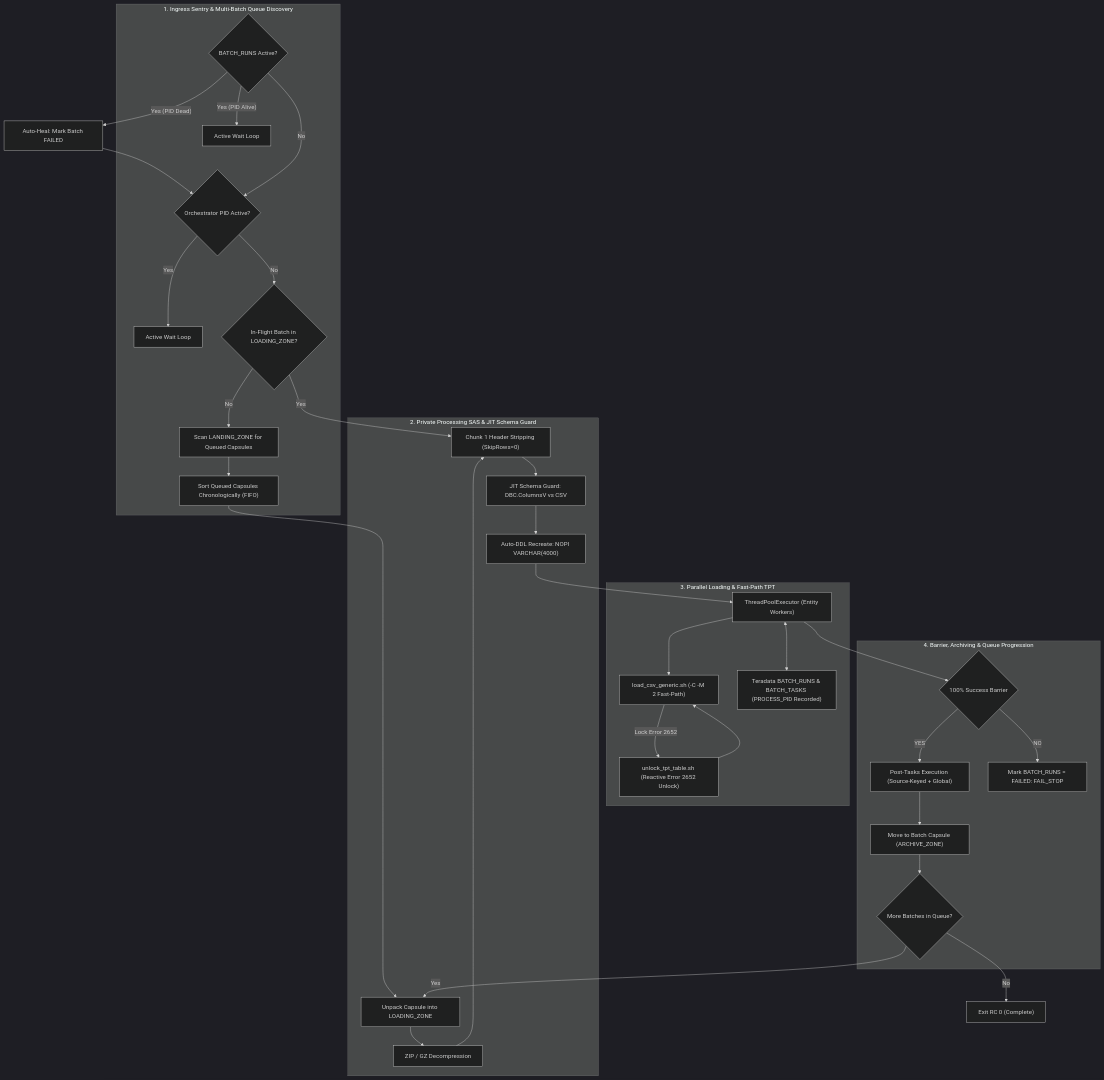
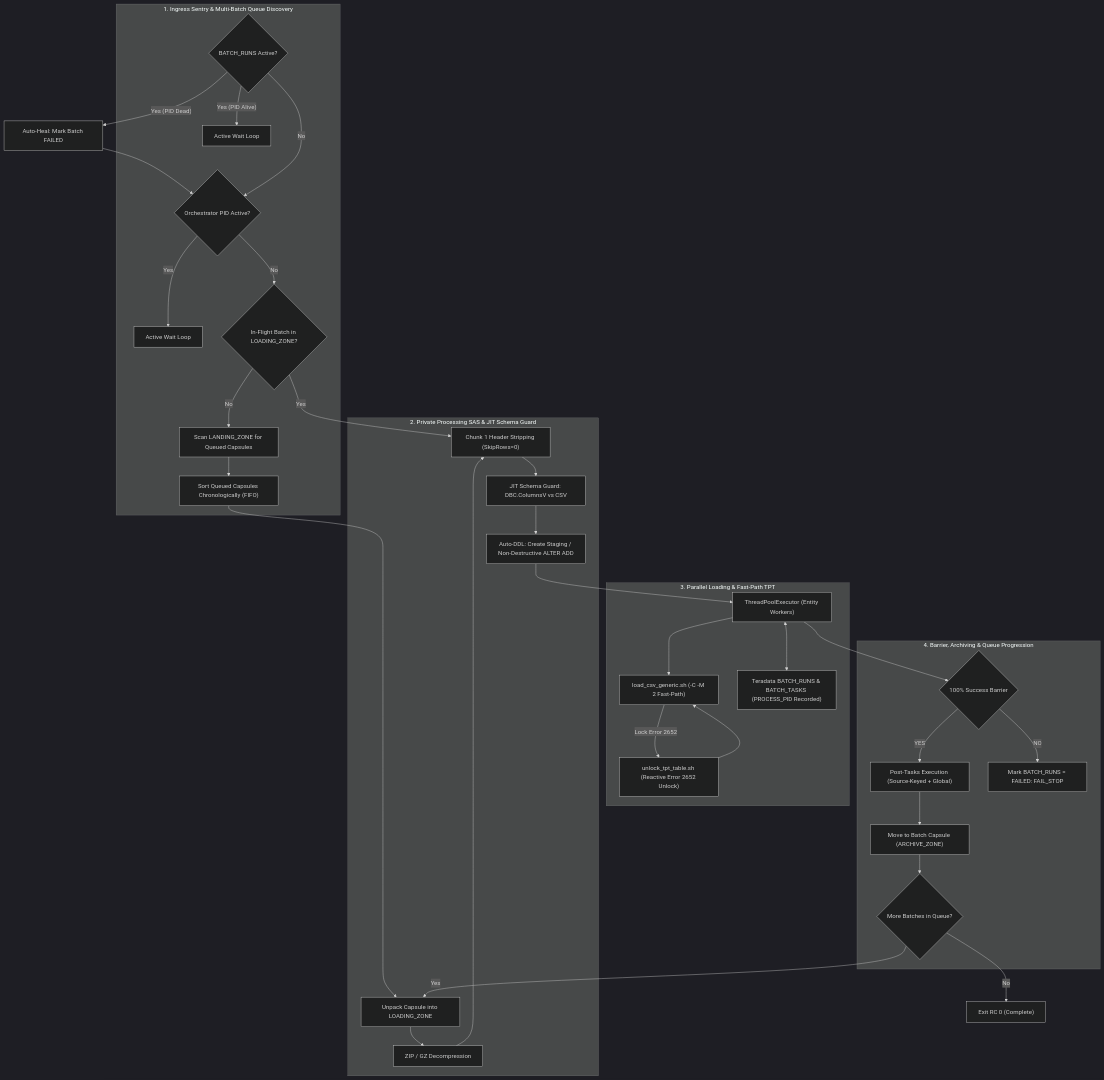
Before and after one commit to manisadegh/DATA_LOADER: the first of 2 diagrams in DOCS/02_DATA_INGESTION_ORCHESTRATOR/02_functional_specification.md, drawn with Mermaid (dark theme). The commit also changed other lines of this file and 48 other files, not shown here.

Commit message:
feat(phase-1): implement TPT load path, strict row rejection & schema governance (F1.1 - F1.12)

````diff
--- a/DOCS/02_DATA_INGESTION_ORCHESTRATOR/02_functional_specification.md
+++ b/DOCS/02_DATA_INGESTION_ORCHESTRATOR/02_functional_specification.md
@@ -10,53 +10,53 @@
 ```mermaid
 flowchart TD
     subgraph INGRESS_GATING["1. Ingress Sentry & Multi-Batch Queue Discovery"]
         DBSentry{"BATCH_RUNS Active?"}
         WaitDB["Active Wait Loop"]
         PIDSentry{"Orchestrator PID Active?"}
         WaitPID["Active Wait Loop"]
         InFlight{"In-Flight Batch in LOADING_ZONE?"}
         ScanQueue["Scan LANDING_ZONE for Queued Capsules"]
         FIFOSort["Sort Queued Capsules Chronologically (FIFO)"]
     end
 
     subgraph ISOLATED_SAS["2. Private Processing SAS & JIT Schema Guard"]
         AtomicTransfer["Unpack Capsule into LOADING_ZONE"]
         Decomp["ZIP / GZ Decompression"]
         HeaderNorm["Chunk 1 Header Stripping (SkipRows=0)"]
         JITGuard["JIT Schema Guard: DBC.ColumnsV vs CSV"]
-        AutoDDL["Auto-DDL Recreate: NOPI VARCHAR(4000)"]
+        AutoDDL["Auto-DDL: Create Staging / Non-Destructive ALTER ADD"]
     end
 
     subgraph PARALLEL_LOAD["3. Parallel Loading & Fast-Path TPT"]
         Workers["ThreadPoolExecutor (Entity Workers)"]
         TPT["load_csv_generic.sh (-C -M 2 Fast-Path)"]
         Unlock["unlock_tpt_table.sh (Reactive Error 2652 Unlock)"]
         DBState["Teradata BATCH_RUNS & BATCH_TASKS (PROCESS_PID Recorded)"]
     end
 
     subgraph COMPLETION["4. Barrier, Archiving & Queue Progression"]
         Barrier{"100% Success Barrier"}
         PostTasks["Post-Tasks Execution (Source-Keyed + Global)"]
         Archive["Move to Batch Capsule (ARCHIVE_ZONE)"]
         NextBatch{"More Batches in Queue?"}
         FailRun["Mark BATCH_RUNS = FAILED: FAIL_STOP"]
     end
 
     DBSentry -- Yes (PID Alive) --> WaitDB
     DBSentry -- Yes (PID Dead) --> Heal["Auto-Heal: Mark Batch FAILED"] --> PIDSentry
     DBSentry -- No --> PIDSentry
     PIDSentry -- Yes --> WaitPID
     PIDSentry -- No --> InFlight
     InFlight -- Yes --> HeaderNorm
     InFlight -- No --> ScanQueue --> FIFOSort --> AtomicTransfer
     AtomicTransfer --> Decomp --> HeaderNorm --> JITGuard
     JITGuard --> AutoDDL --> Workers
     Workers --> TPT
     TPT -->|Lock Error 2652| Unlock --> TPT
     Workers <--> DBState
     Workers --> Barrier
     Barrier -->|YES| PostTasks --> Archive --> NextBatch
     NextBatch -- Yes --> AtomicTransfer
     NextBatch -- No --> Finish["Exit RC 0 (Complete)"]
     Barrier -->|NO| FailRun
 ```
````
